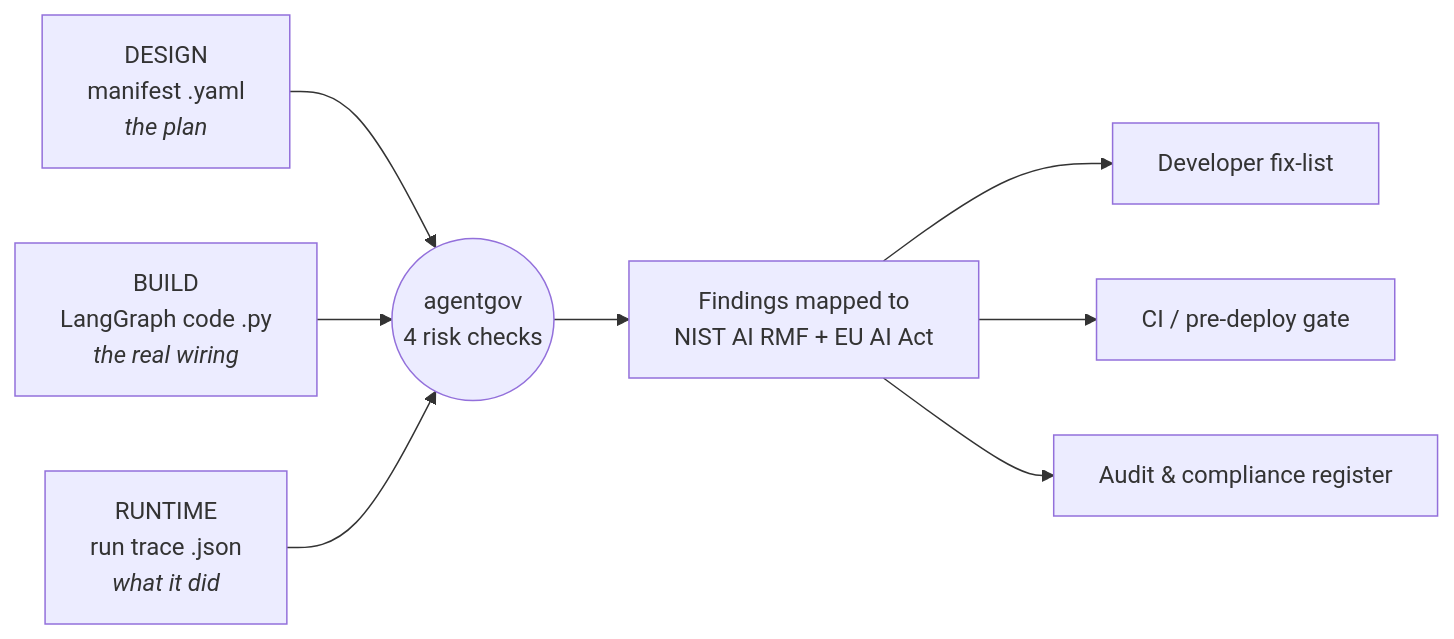
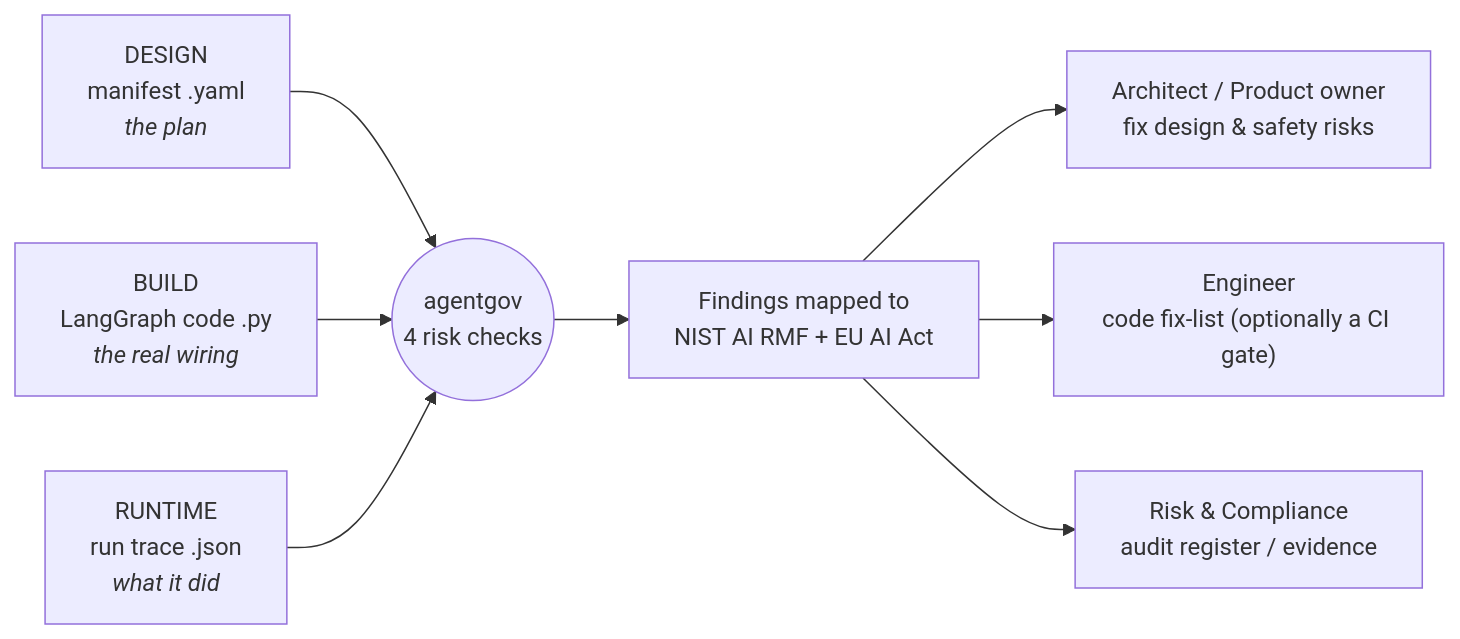
One commit to himanshupandeytech-ai/agentgov changed the diagram in README.md. Above: the diagram before and after it, drawn with Mermaid. The commit also changed other lines of this file, not shown here.

Commit message:
docs: route findings to the role that fixes them (architect/engineer/compliance)

````diff
--- a/README.md
+++ b/README.md
@@ -20,19 +20,19 @@
 ```mermaid
 flowchart LR
   D["DESIGN<br/>manifest .yaml<br/><i>the plan</i>"]
   B["BUILD<br/>LangGraph code .py<br/><i>the real wiring</i>"]
   R["RUNTIME<br/>run trace .json<br/><i>what it did</i>"]
   E(("agentgov<br/>4 risk checks"))
   M["Findings mapped to<br/>NIST AI RMF + EU AI Act"]
-  O1["Developer fix-list"]
-  O2["CI / pre-deploy gate"]
-  O3["Audit &amp; compliance register"]
+  O1["Architect / Product owner<br/>fix design &amp; safety risks"]
+  O2["Engineer<br/>code fix-list (optionally a CI gate)"]
+  O3["Risk &amp; Compliance<br/>audit register / evidence"]
 
   D --> E
   B --> E
   R --> E
   E --> M
   M --> O1
   M --> O2
   M --> O3
 ```
````
